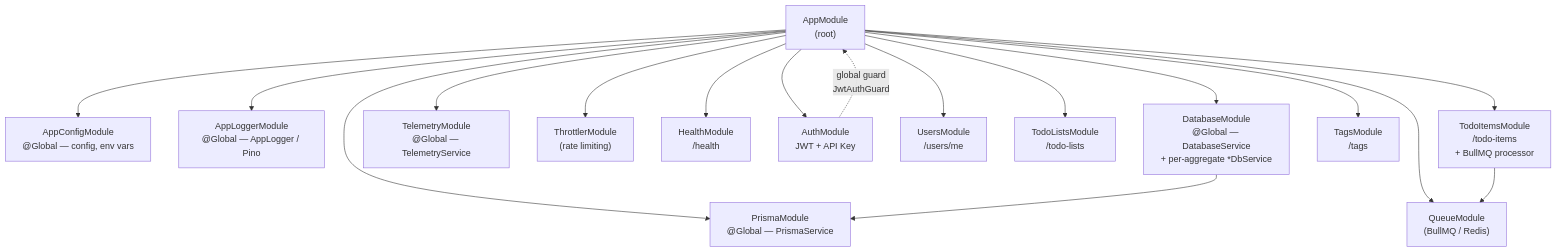
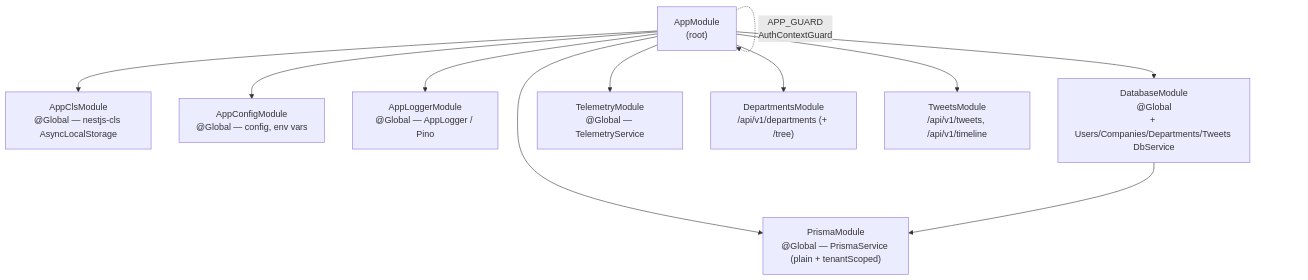
Before and after one commit to gauravprwl14/nestjs-boilerplate: the diagram in docs/architecture/service-architecture.md, drawn with Mermaid. The commit also changed other lines of this file and 41 other files, not shown here.

First line of the commit message:
docs: sync all guides/architecture/diagrams to Enterprise Twitter pivot

````diff
--- a/docs/architecture/service-architecture.md
+++ b/docs/architecture/service-architecture.md
@@ -7,37 +7,26 @@
 ```mermaid
 graph TD
     AppModule["AppModule\n(root)"]
 
+    AppClsModule["AppClsModule\n@Global — nestjs-cls AsyncLocalStorage"]
     AppConfigModule["AppConfigModule\n@Global — config, env vars"]
     AppLoggerModule["AppLoggerModule\n@Global — AppLogger / Pino"]
-    PrismaModule["PrismaModule\n@Global — PrismaService"]
-    DatabaseModule["DatabaseModule\n@Global — DatabaseService\n+ per-aggregate *DbService"]
+    PrismaModule["PrismaModule\n@Global — PrismaService (plain + tenantScoped)"]
+    DatabaseModule["DatabaseModule\n@Global\n+ Users/Companies/Departments/Tweets DbService"]
     TelemetryModule["TelemetryModule\n@Global — TelemetryService"]
-    ThrottlerModule["ThrottlerModule\n(rate limiting)"]
-    QueueModule["QueueModule\n(BullMQ / Redis)"]
 
-    HealthModule["HealthModule\n/health"]
-    AuthModule["AuthModule\nJWT + API Key"]
-    UsersModule["UsersModule\n/users/me"]
-    TodoListsModule["TodoListsModule\n/todo-lists"]
-    TodoItemsModule["TodoItemsModule\n/todo-items\n+ BullMQ processor"]
-    TagsModule["TagsModule\n/tags"]
+    DepartmentsModule["DepartmentsModule\n/api/v1/departments (+ /tree)"]
+    TweetsModule["TweetsModule\n/api/v1/tweets, /api/v1/timeline"]
 
+    AppModule --> AppClsModule
     AppModule --> AppConfigModule
     AppModule --> AppLoggerModule
     AppModule --> PrismaModule
     AppModule --> DatabaseModule
     AppModule --> TelemetryModule
-    AppModule --> ThrottlerModule
-    AppModule --> QueueModule
-    AppModule --> HealthModule
-    AppModule --> AuthModule
-    AppModule --> UsersModule
-    AppModule --> TodoListsModule
-    AppModule --> TodoItemsModule
-    AppModule --> TagsModule
+    AppModule --> DepartmentsModule
+    AppModule --> TweetsModule
 
     DatabaseModule --> PrismaModule
-    AuthModule -.->|"global guard\nJwtAuthGuard"| AppModule
-    TodoItemsModule --> QueueModule
+    AppModule -.->|"APP_GUARD\nAuthContextGuard"| AppModule
 ```
````
